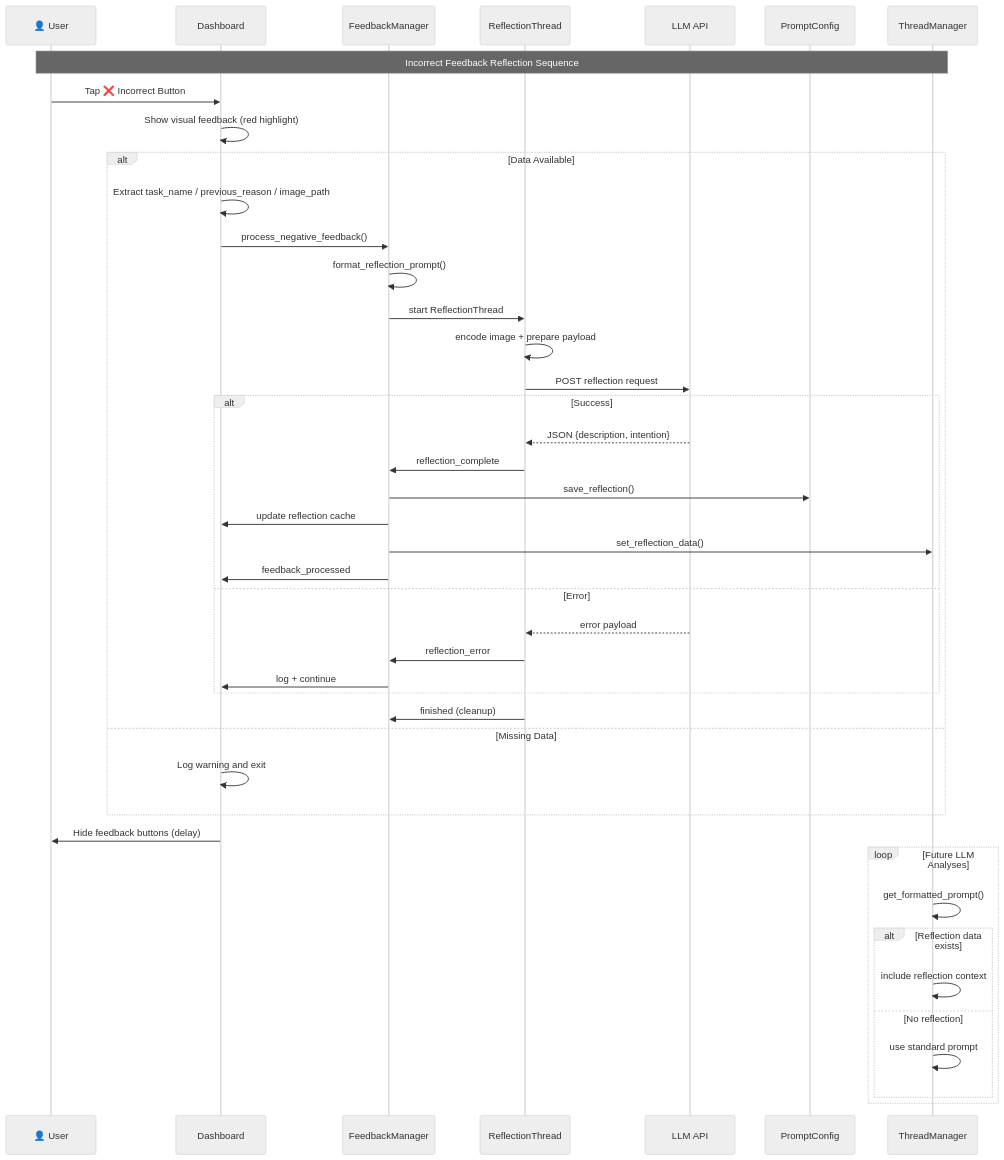
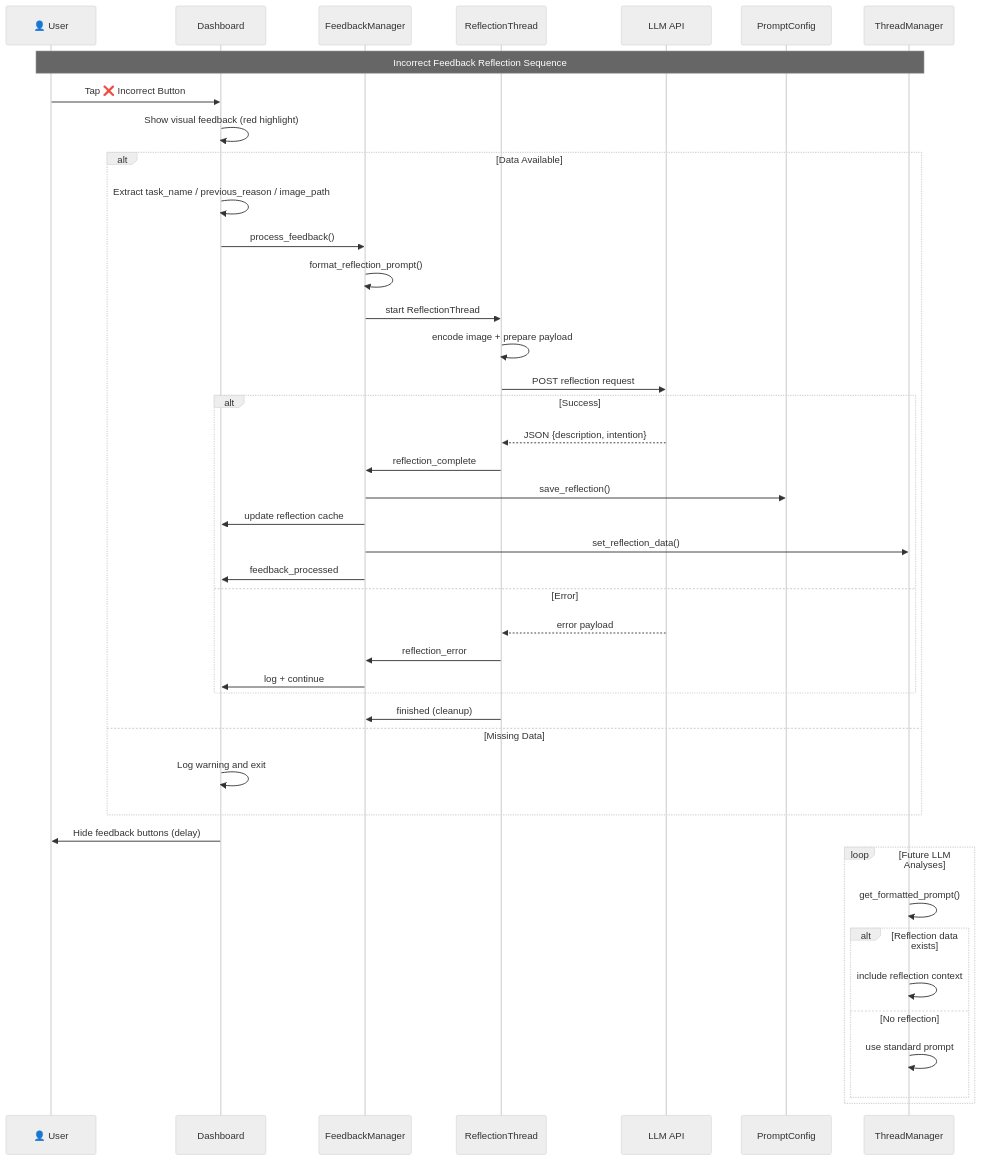
The fifth of 5 diagrams in architecture.md (IntentAssistant/INA), drawn with Mermaid (neutral theme) before and after one commit. The commit also changed other lines of this file and 1 other file, not shown here.

````diff
--- a/architecture.md
+++ b/architecture.md
@@ -172,52 +172,52 @@
 ```mermaid
 sequenceDiagram
     participant U as 👤 User
     participant D as Dashboard
     participant FM as FeedbackManager
     participant RT as ReflectionThread
     participant LLM as LLM API
     participant PC as PromptConfig
     participant TM as ThreadManager
 
     Note over U,TM: Incorrect Feedback Reflection Sequence
 
     U->>D: Tap ❌ Incorrect Button
     D->>D: Show visual feedback (red highlight)
 
     alt Data Available
         D->>D: Extract task_name / previous_reason / image_path
-        D->>FM: process_negative_feedback()
+        D->>FM: process_feedback()
         FM->>FM: format_reflection_prompt()
         FM->>RT: start ReflectionThread
         RT->>RT: encode image + prepare payload
         RT->>LLM: POST reflection request
 
         alt Success
             LLM-->>RT: JSON {description, intention}
             RT->>FM: reflection_complete
             FM->>PC: save_reflection()
             FM->>D: update reflection cache
             FM->>TM: set_reflection_data()
             FM->>D: feedback_processed
         else Error
             LLM-->>RT: error payload
             RT->>FM: reflection_error
             FM->>D: log + continue
         end
 
         RT->>FM: finished (cleanup)
     else Missing Data
         D->>D: Log warning and exit
     end
 
     D->>U: Hide feedback buttons (delay)
 
     loop Future LLM Analyses
         TM->>TM: get_formatted_prompt()
         alt Reflection data exists
             TM->>TM: include reflection context
         else No reflection
             TM->>TM: use standard prompt
         end
     end
 ```
````
